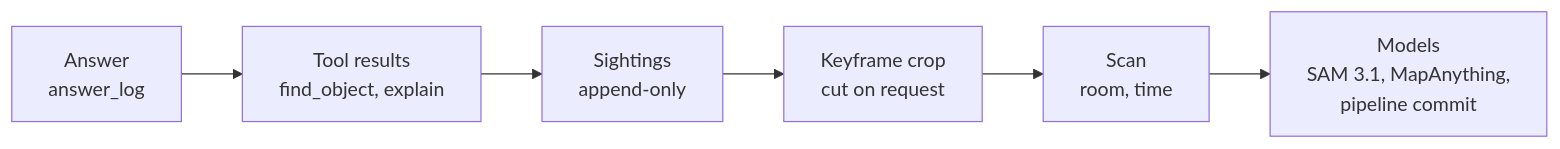
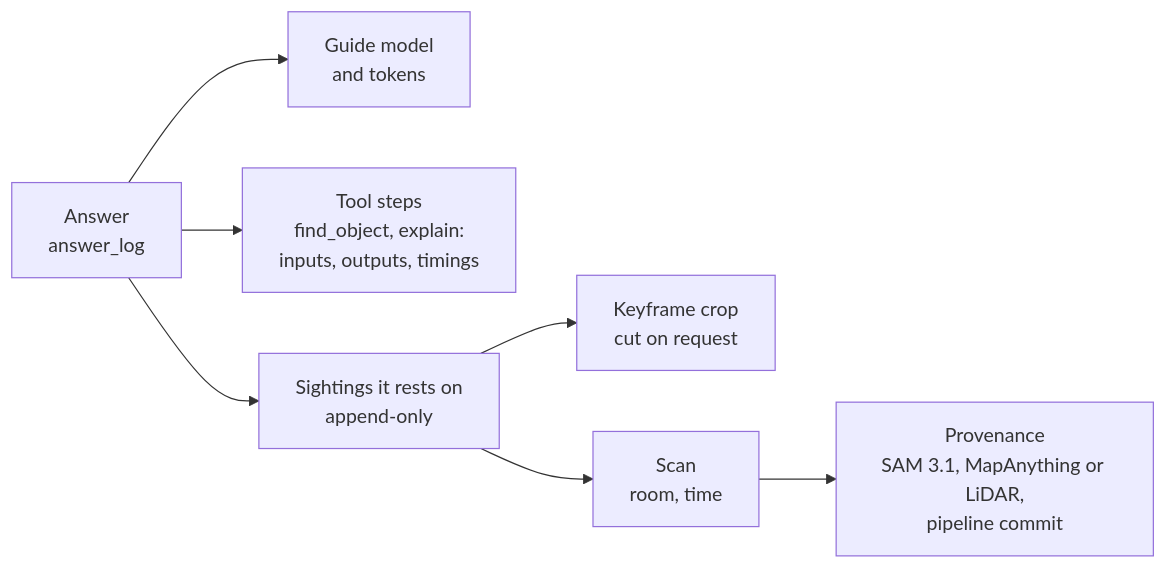
The diagram in docs/diagrams/traceability.mmd (coder-RT/recall), drawn with Mermaid before and after one commit. The commit also changed 8 other files, not shown here.

First line of the commit message:
docs: diagrams corrected against the code

```diff
--- a/docs/diagrams/traceability.mmd
+++ b/docs/diagrams/traceability.mmd
@@ -1,3 +1,7 @@
 flowchart LR
-  A["Answer<br/>answer_log"] --> T["Tool results<br/>find_object, explain"] --> O["Sightings<br/>append-only"]
-  O --> K["Keyframe crop<br/>cut on request"] --> S["Scan<br/>room, time"] --> P["Models<br/>SAM 3.1, MapAnything,<br/>pipeline commit"]
+  A["Answer<br/>answer_log"] --> G["Guide model<br/>and tokens"]
+  A --> T["Tool steps<br/>find_object, explain:<br/>inputs, outputs, timings"]
+  A --> O["Sightings it rests on<br/>append-only"]
+  O --> K["Keyframe crop<br/>cut on request"]
+  O --> S["Scan<br/>room, time"]
+  S --> P["Provenance<br/>SAM 3.1, MapAnything or LiDAR,<br/>pipeline commit"]
```
